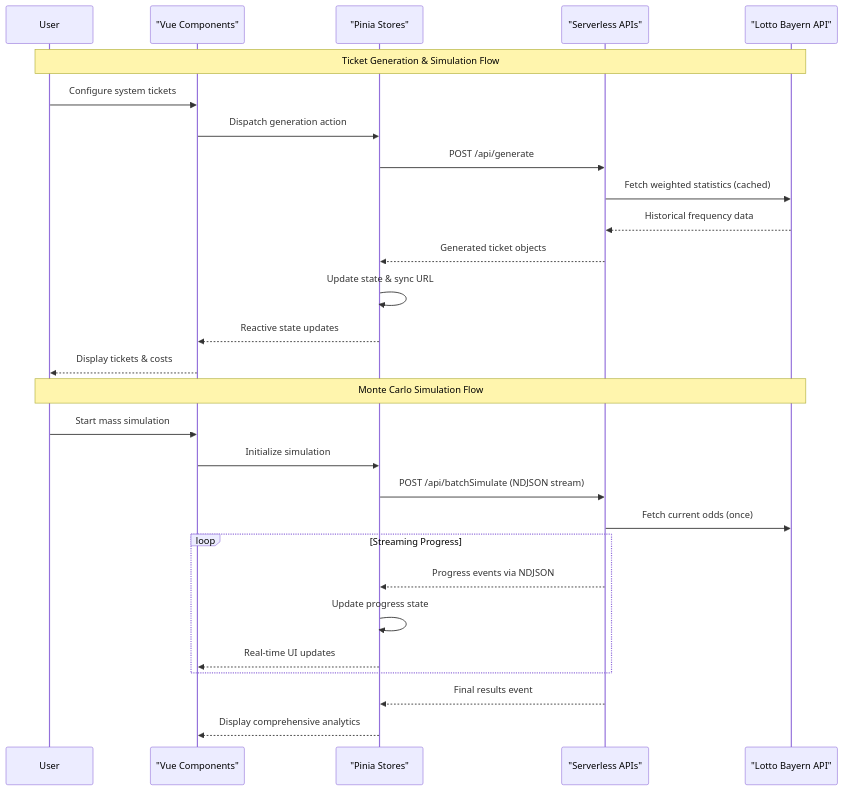
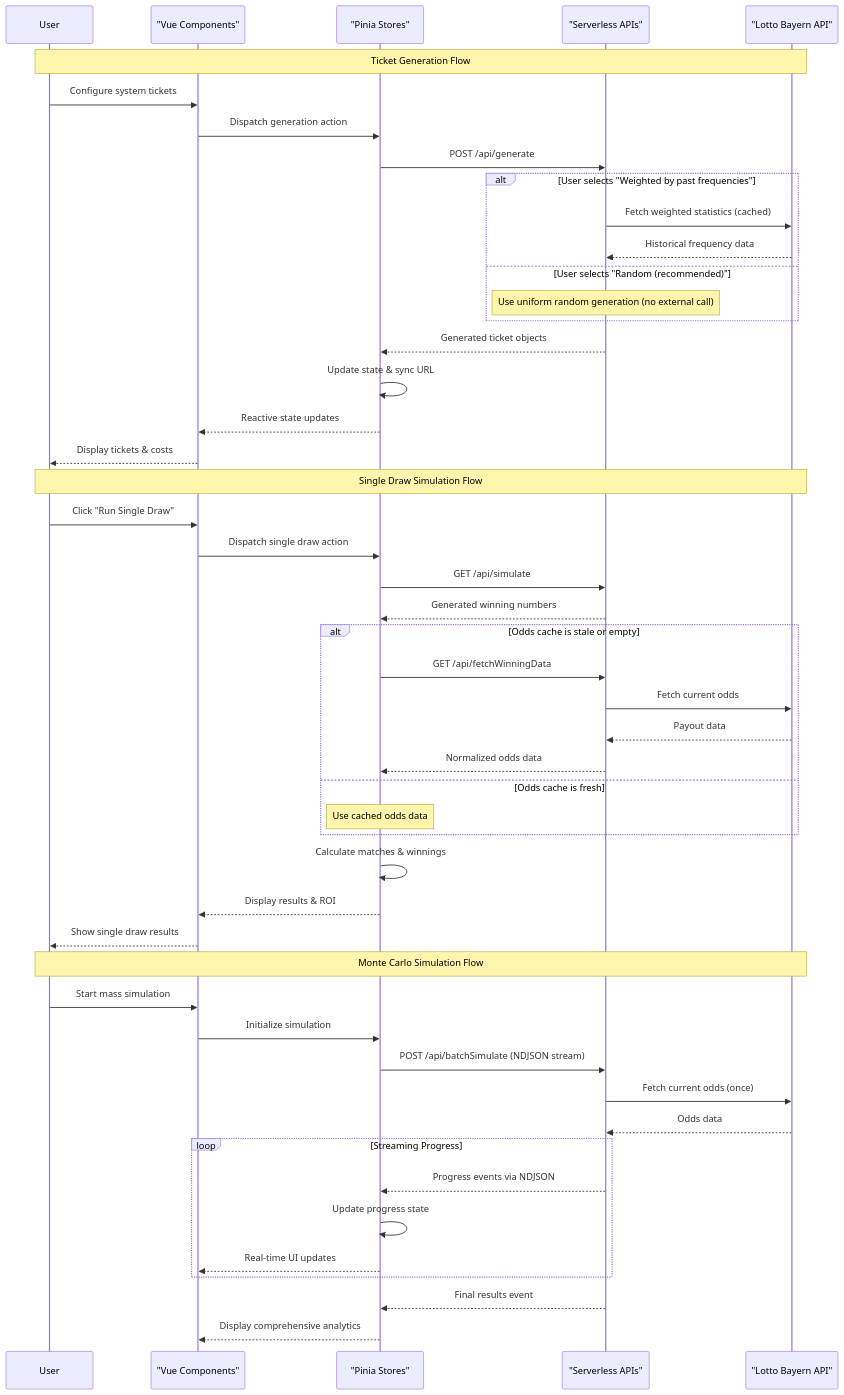
Before and after one commit to valentinvieriu/EuroJackpotGenerator: the diagram in ai_docs/ARCHITECTURE.md, drawn with Mermaid. The commit also changed other lines of this file and 3 other files, not shown here.

````diff
--- a/ai_docs/ARCHITECTURE.md
+++ b/ai_docs/ARCHITECTURE.md
@@ -17,34 +17,60 @@
 ```mermaid
 sequenceDiagram
     participant User
     participant Frontend as "Vue Components"
     participant Store as "Pinia Stores"
     participant API as "Serverless APIs"
     participant External as "Lotto Bayern API"
 
-    Note over User, External: Ticket Generation & Simulation Flow
+    Note over User, External: Ticket Generation Flow
     User->>Frontend: Configure system tickets
     Frontend->>Store: Dispatch generation action
     Store->>API: POST /api/generate
-    API->>External: Fetch weighted statistics (cached)
-    External-->>API: Historical frequency data
+
+    alt User selects "Weighted by past frequencies"
+        API->>External: Fetch weighted statistics (cached)
+        External-->>API: Historical frequency data
+    else User selects "Random (recommended)"
+        Note over API: Use uniform random generation (no external call)
+    end
+
     API-->>Store: Generated ticket objects
     Store->>Store: Update state & sync URL
     Store-->>Frontend: Reactive state updates
     Frontend-->>User: Display tickets & costs
+
+    Note over User, External: Single Draw Simulation Flow
+    User->>Frontend: Click "Run Single Draw"
+    Frontend->>Store: Dispatch single draw action
+    Store->>API: GET /api/simulate
+    API-->>Store: Generated winning numbers
+
+    alt Odds cache is stale or empty
+        Store->>API: GET /api/fetchWinningData
+        API->>External: Fetch current odds
+        External-->>API: Payout data
+        API-->>Store: Normalized odds data
+    else Odds cache is fresh
+        Note over Store: Use cached odds data
+    end
+
+    Store->>Store: Calculate matches & winnings
+    Store-->>Frontend: Display results & ROI
+    Frontend-->>User: Show single draw results
 
     Note over User, External: Monte Carlo Simulation Flow
     User->>Frontend: Start mass simulation
     Frontend->>Store: Initialize simulation
     Store->>API: POST /api/batchSimulate (NDJSON stream)
     API->>External: Fetch current odds (once)
+    External-->>API: Odds data
 
     loop Streaming Progress
         API-->>Store: Progress events via NDJSON
         Store->>Store: Update progress state
         Store-->>Frontend: Real-time UI updates
     end
 
     API-->>Store: Final results event
     Store-->>Frontend: Display comprehensive analytics
 ```
````
